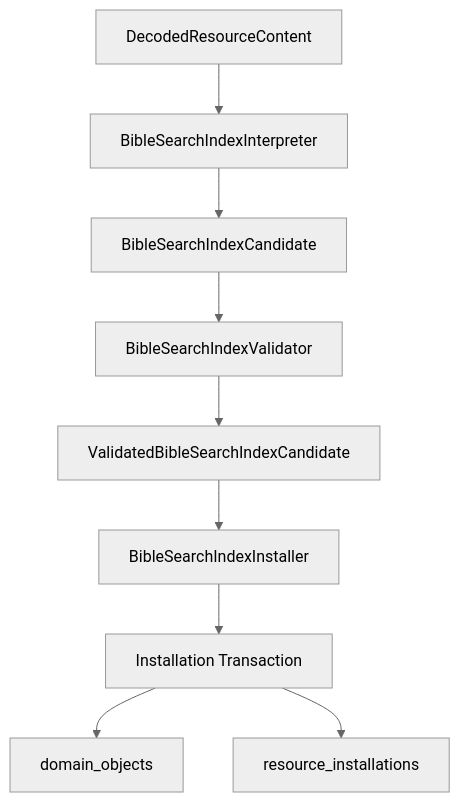
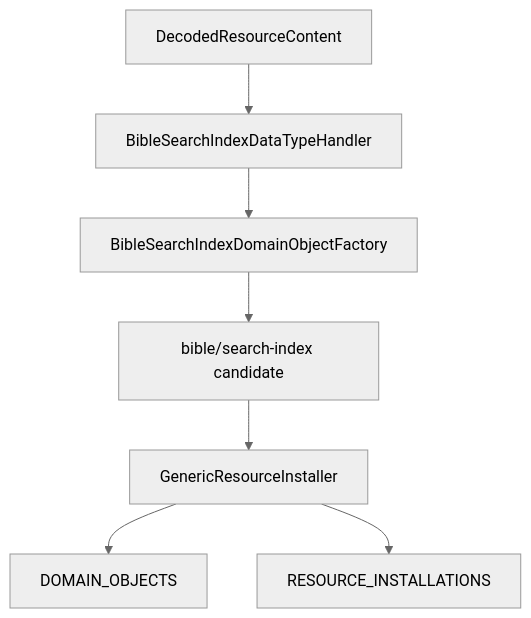
The second of 2 diagrams in docs/03_implementation/persistence/003-search-indexes.md (kjvonly/kjvonly.bible), drawn with Mermaid (neutral theme) before and after one commit. The commit also changed other lines of this file and 489 other files, not shown here.

First line of the commit message:
unify generic resource lifecycle and semantic contracts

````diff
--- a/docs/03_implementation/persistence/003-search-indexes.md
+++ b/docs/03_implementation/persistence/003-search-indexes.md
@@ -269,11 +277,9 @@
 ```mermaid
 flowchart TD
-    A[DecodedResourceContent] --> B[BibleSearchIndexInterpreter]
-    B --> C[BibleSearchIndexCandidate]
-    C --> D[BibleSearchIndexValidator]
-    D --> E[ValidatedBibleSearchIndexCandidate]
-    E --> F[BibleSearchIndexInstaller]
-    F --> G[Installation Transaction]
-    G --> H[domain_objects]
-    G --> I[resource_installations]
+    A[DecodedResourceContent] --> B[BibleSearchIndexDataTypeHandler]
+    B --> C[BibleSearchIndexDomainObjectFactory]
+    C --> D[bible/search-index candidate]
+    D --> E[GenericResourceInstaller]
+    E --> F[DOMAIN_OBJECTS]
+    E --> G[RESOURCE_INSTALLATIONS]
 ```
````
